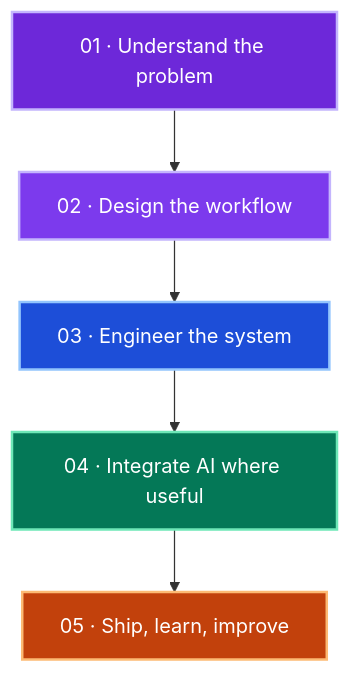
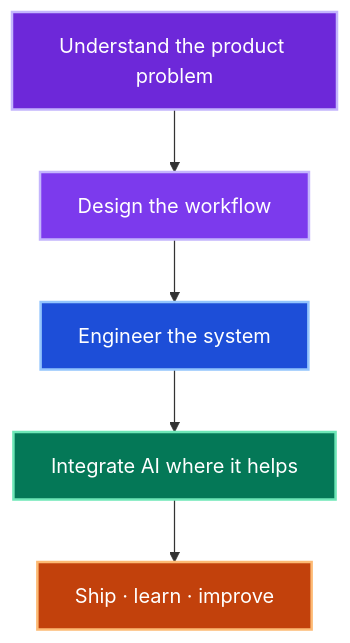
The diagram in README.md (Reshika0504/Reshika0504), drawn with Mermaid before and after one commit. The commit also changed other lines of this file, not shown here.

````diff
--- a/README.md
+++ b/README.md
@@ -57,13 +76,13 @@
 ```mermaid
 flowchart TD
-    P["01 · Understand the problem"] --> W["02 · Design the workflow"]
-    W --> E["03 · Engineer the system"]
-    E --> A["04 · Integrate AI where useful"]
-    A --> S["05 · Ship, learn, improve"]
+    P["Understand the product problem"] --> D["Design the workflow"]
+    D --> E["Engineer the system"]
+    E --> A["Integrate AI where it helps"]
+    A --> S["Ship · learn · improve"]
 
     style P fill:#6D28D9,stroke:#C4B5FD,color:#FFFFFF,stroke-width:2px
-    style W fill:#7C3AED,stroke:#C4B5FD,color:#FFFFFF,stroke-width:2px
+    style D fill:#7C3AED,stroke:#C4B5FD,color:#FFFFFF,stroke-width:2px
     style E fill:#1D4ED8,stroke:#93C5FD,color:#FFFFFF,stroke-width:2px
     style A fill:#047857,stroke:#6EE7B7,color:#FFFFFF,stroke-width:2px
     style S fill:#C2410C,stroke:#FDBA74,color:#FFFFFF,stroke-width:2px
 ```
````
